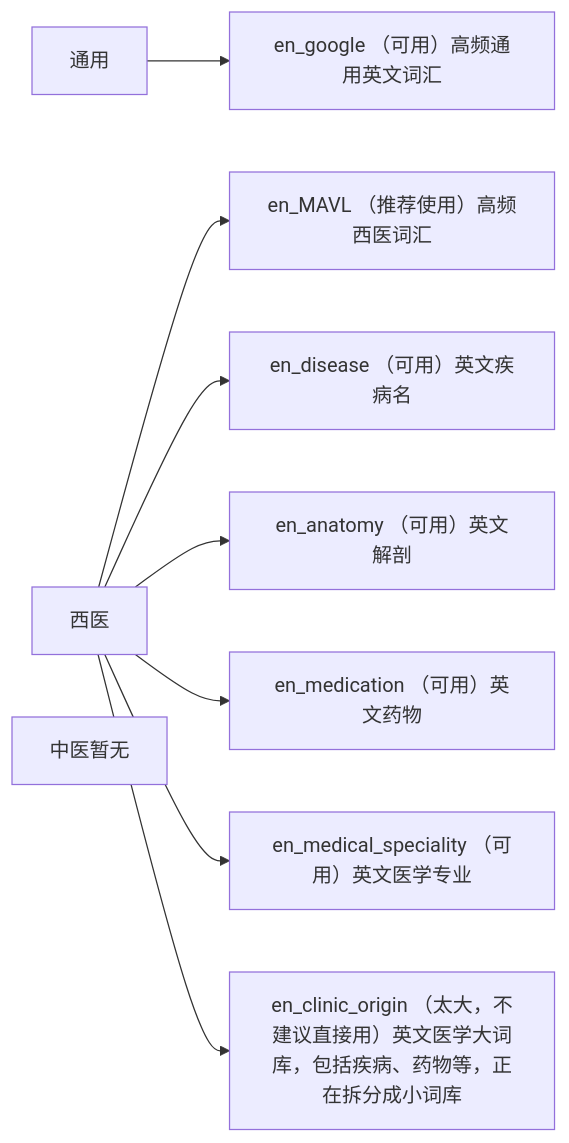
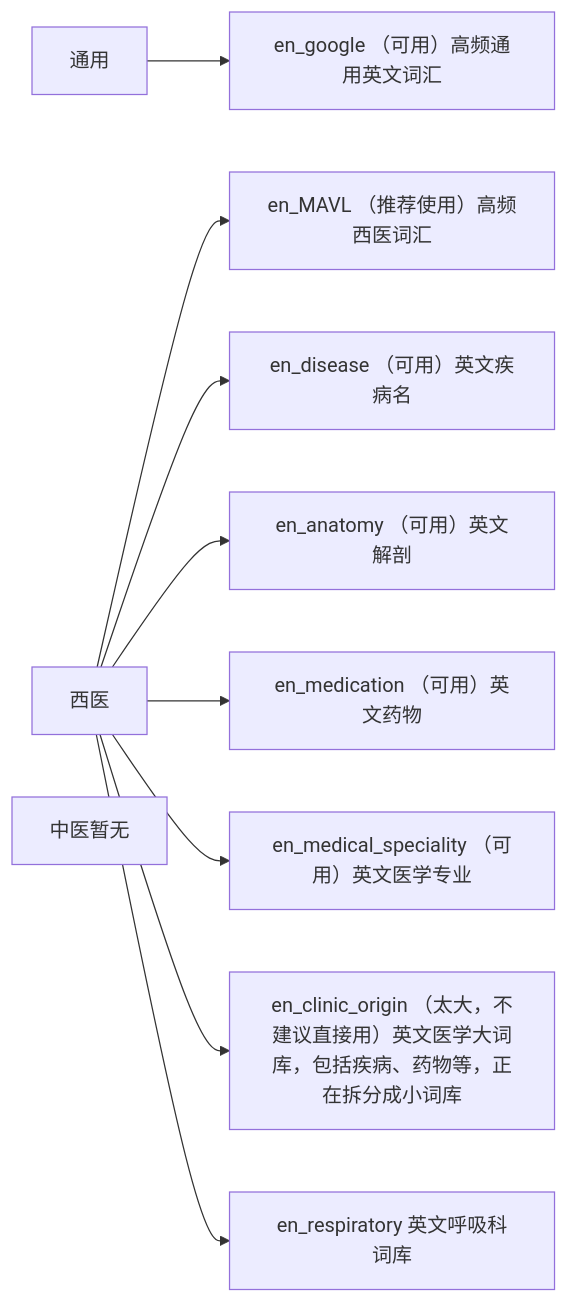
Before and after one commit to whitewatercn/rime_clinic: the second of 2 diagrams in README.md, drawn with Mermaid. The commit also changed 6 other files, not shown here.

````diff
--- a/README.md
+++ b/README.md
@@ -57,14 +57,15 @@
 ```mermaid
 %%{init: {"flowchart": {"htmlLabels": false}} }%%
 
 flowchart LR
     通用[通用] --> en_google["`en_google （可用）高频通用英文词汇`"]
     西医[西医] --> en_MAVL["`en_MAVL （推荐使用）高频西医词汇`"]
     西医[西医] --> en_disease["`en_disease （可用）英文疾病名`"]
     西医[西医] --> en_anatomy["`en_anatomy （可用）英文解剖`"]
     西医[西医] --> en_medication["`en_medication （可用）英文药物`"]
     西医[西医] --> en_medical_speciality["`en_medical_speciality （可用）英文医学专业`"]
     西医[西医] --> en_clinic_origin["`en_clinic_origin （太大，不建议直接用）英文医学大词库，包括疾病、药物等，正在拆分成小词库`"]
+    西医[西医] --> en_respiratory["`en_respiratory 英文呼吸科词库`"]
     中医[中医暂无]
 
 ```
````
